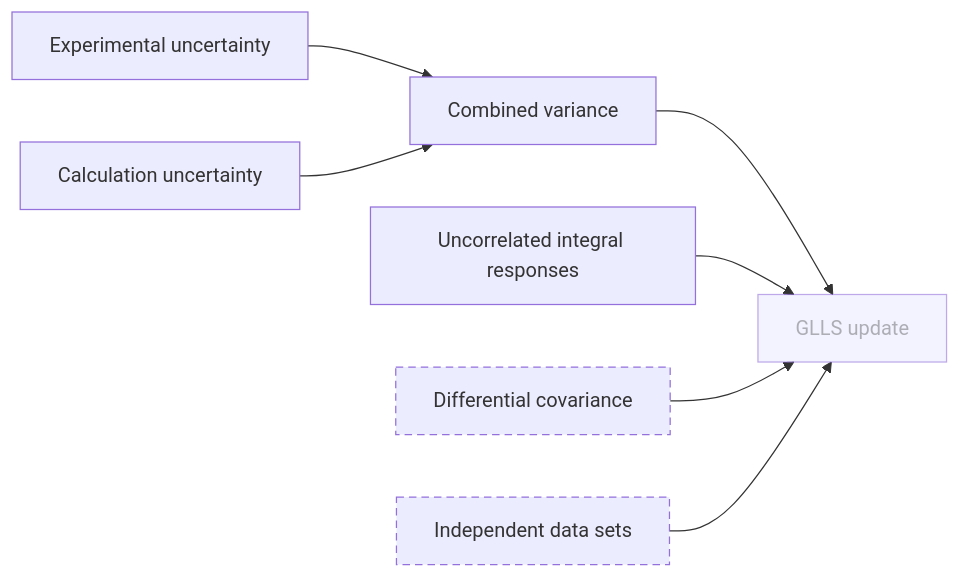
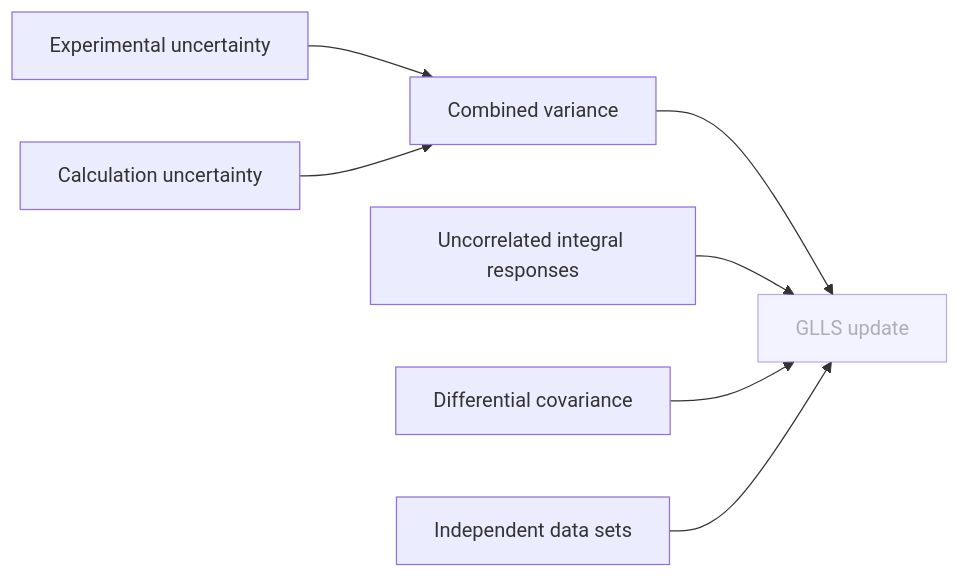
Before and after one commit to aurja130/WPEC_SG52: the fifth of 10 diagrams in DBC/CONCEPTS.md, drawn with Mermaid. The commit also changed other lines of this file and 12 other files, not shown here.

````diff
--- a/DBC/CONCEPTS.md
+++ b/DBC/CONCEPTS.md
@@ -251,16 +251,14 @@
 ```mermaid
 flowchart LR
   ExperimentalUncertainty["Experimental uncertainty"]
   CalculationUncertainty["Calculation uncertainty"]
   CombinedVariance["Combined variance"]
   UncorrelatedResponses["Uncorrelated integral responses"]
   DifferentialCovariance["Differential covariance"]
   IndependentDataSets["Independent data sets"]
   Glls["GLLS update"]
   ExperimentalUncertainty & CalculationUncertainty --> CombinedVariance
   CombinedVariance & UncorrelatedResponses & DifferentialCovariance & IndependentDataSets --> Glls
-  classDef planned stroke-dasharray: 6 4
   classDef external opacity: 0.6
-  class DifferentialCovariance,IndependentDataSets planned
   class Glls external
 ```
````
